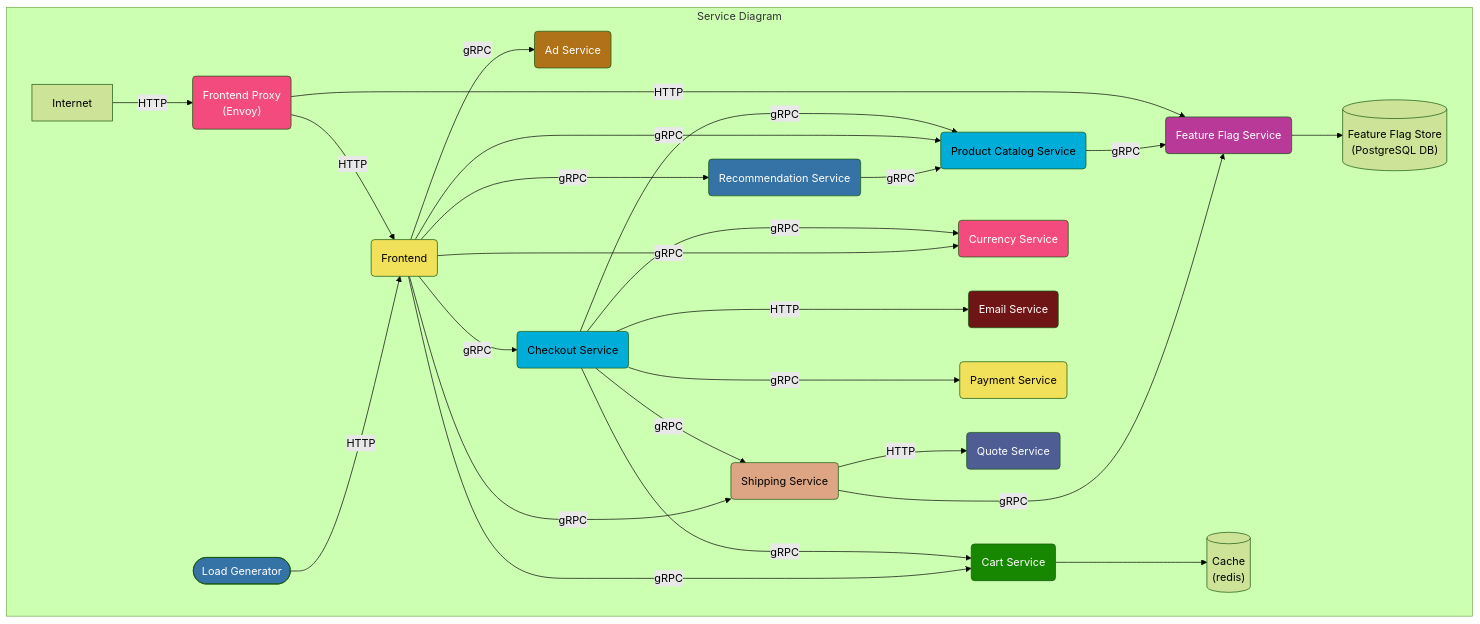
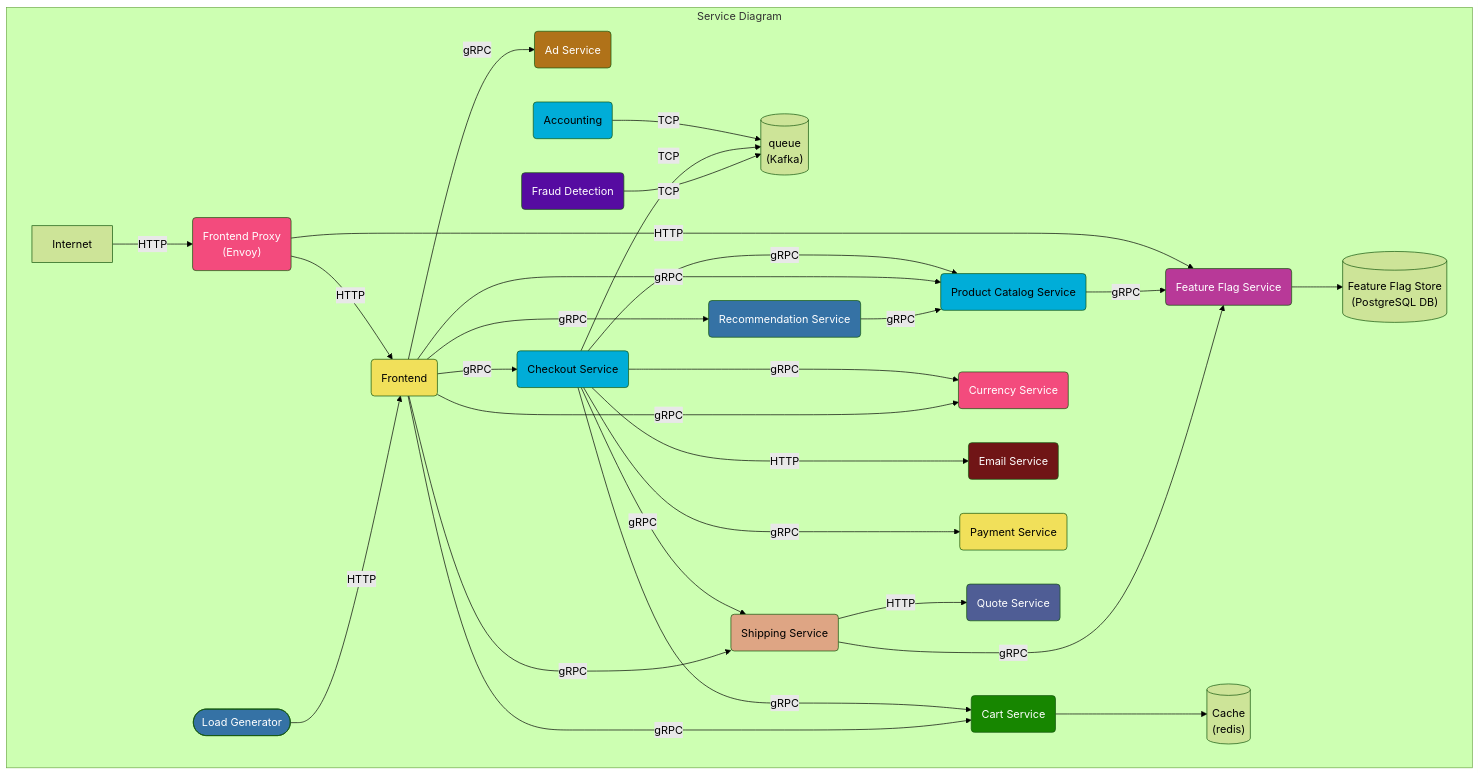
One commit to open-telemetry/opentelemetry-demo changed the first of 3 diagrams in docs/current_architecture.md. Above: the diagram before and after it, drawn with Mermaid (forest theme). The commit also changed other lines of this file, not shown here.

Commit message:
docs: re-add services to architecture graph

````diff
--- a/docs/current_architecture.md
+++ b/docs/current_architecture.md
@@ -7,59 +7,68 @@
 ```mermaid
 graph TD
 subgraph Service Diagram
 adservice(Ad Service):::java
+accounting(Accounting):::golang
 cache[(Cache<br/>&#40redis&#41)]
 cartservice(Cart Service):::dotnet
 checkoutservice(Checkout Service):::golang
 currencyservice(Currency Service):::cpp
 emailservice(Email Service):::ruby
+frauddetectionservice(Fraud Detection):::kotlin
 frontend(Frontend):::javascript
 frontendproxy(Frontend Proxy <br/>&#40Envoy&#41):::cpp
 loadgenerator([Load Generator]):::python
 paymentservice(Payment Service):::javascript
 productcatalogservice(Product Catalog Service):::golang
 quoteservice(Quote Service):::php
 recommendationservice(Recommendation Service):::python
 shippingservice(Shipping Service):::rust
 featureflagservice(Feature Flag Service):::erlang
 featureflagstore[(Feature Flag Store<br/>&#40PostgreSQL DB&#41)]
+queue[(queue<br/>&#40Kafka&#41)]
 
 Internet -->|HTTP| frontendproxy
 frontendproxy -->|HTTP| frontend
 frontendproxy -->|HTTP| featureflagservice
 loadgenerator -->|HTTP| frontend
+
+accounting -->|TCP| queue
 
 checkoutservice --->|gRPC| cartservice --> cache
 checkoutservice --->|gRPC| productcatalogservice
 checkoutservice --->|gRPC| currencyservice
 checkoutservice --->|HTTP| emailservice
 checkoutservice --->|gRPC| paymentservice
 checkoutservice -->|gRPC| shippingservice
+checkoutservice -->|TCP| queue
 
 frontend -->|gRPC| adservice
 frontend -->|gRPC| cartservice
 frontend -->|gRPC| productcatalogservice
 frontend -->|gRPC| checkoutservice
 frontend -->|gRPC| currencyservice
 frontend -->|gRPC| recommendationservice -->|gRPC| productcatalogservice
 frontend -->|gRPC| shippingservice -->|HTTP| quoteservice
+
+frauddetectionservice -->|TCP| queue
 
 productcatalogservice -->|gRPC| featureflagservice
 
 shippingservice -->|gRPC| featureflagservice
 
 featureflagservice --> featureflagstore
 
 end
 
 classDef java fill:#b07219,color:white;
+classDef kotlin fill:#560ba1,color:white;
 classDef dotnet fill:#178600,color:white;
 classDef golang fill:#00add8,color:black;
 classDef cpp fill:#f34b7d,color:white;
 classDef ruby fill:#701516,color:white;
 classDef python fill:#3572A5,color:white;
 classDef javascript fill:#f1e05a,color:black;
 classDef rust fill:#dea584,color:black;
 classDef erlang fill:#b83998,color:white;
 classDef php fill:#4f5d95,color:white;
 ```
````
